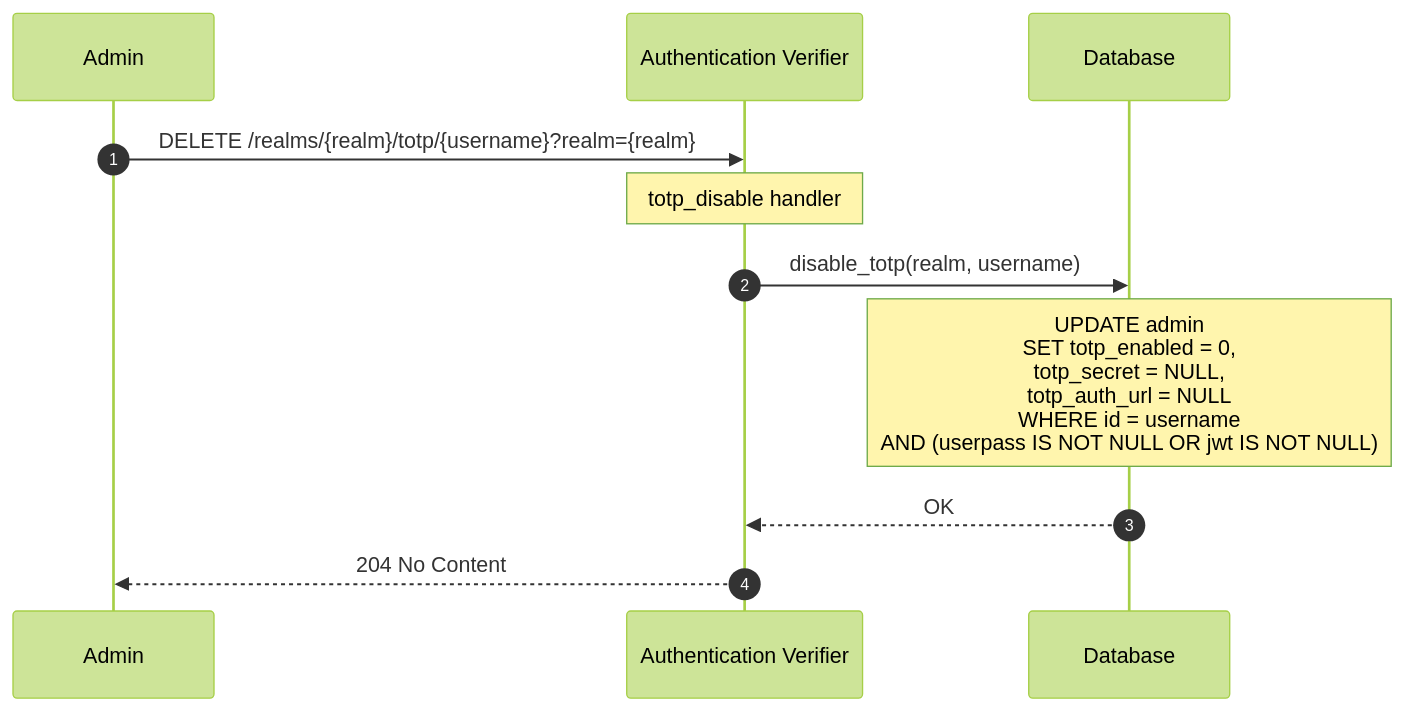
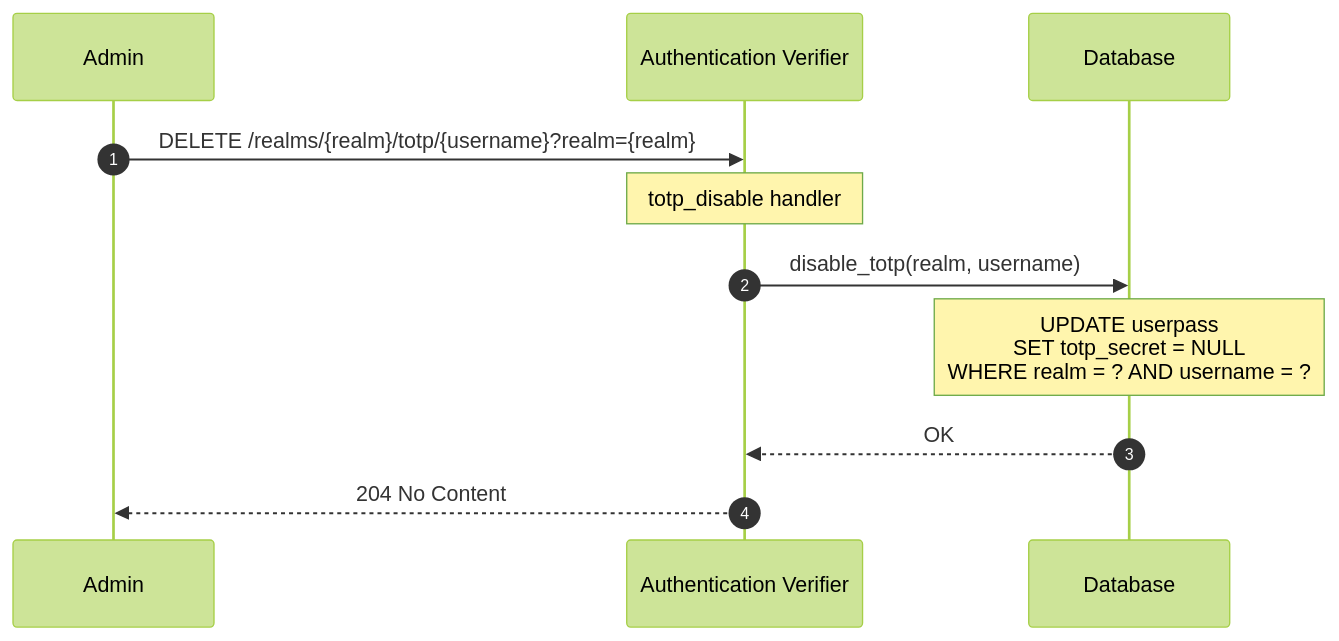
The third of 3 diagrams in server/documentation/docs/two_factor_authentication.md (Cosmian/authentication), drawn with Mermaid (forest theme) before and after one commit. The commit also changed other lines of this file and 5 other files, not shown here.

````diff
--- a/server/documentation/docs/two_factor_authentication.md
+++ b/server/documentation/docs/two_factor_authentication.md
@@ -199,14 +185,14 @@
 ```mermaid
 sequenceDiagram
     autonumber
     participant Admin as Admin
     participant EA as Authentication Verifier
     participant DB as Database
 
     Admin->>EA: DELETE /realms/{realm}/totp/{username}?realm={realm}
     note over EA: totp_disable handler
     EA->>DB: disable_totp(realm, username)
-    note over DB: UPDATE admin<br/>SET totp_enabled = 0,<br/>    totp_secret = NULL,<br/>    totp_auth_url = NULL<br/>WHERE id = username<br/>AND (userpass IS NOT NULL OR jwt IS NOT NULL)
+    note over DB: UPDATE userpass<br/>SET totp_secret = NULL<br/>WHERE realm = ? AND username = ?
     DB-->>EA: OK
     EA-->>Admin: 204 No Content
 ```
````
